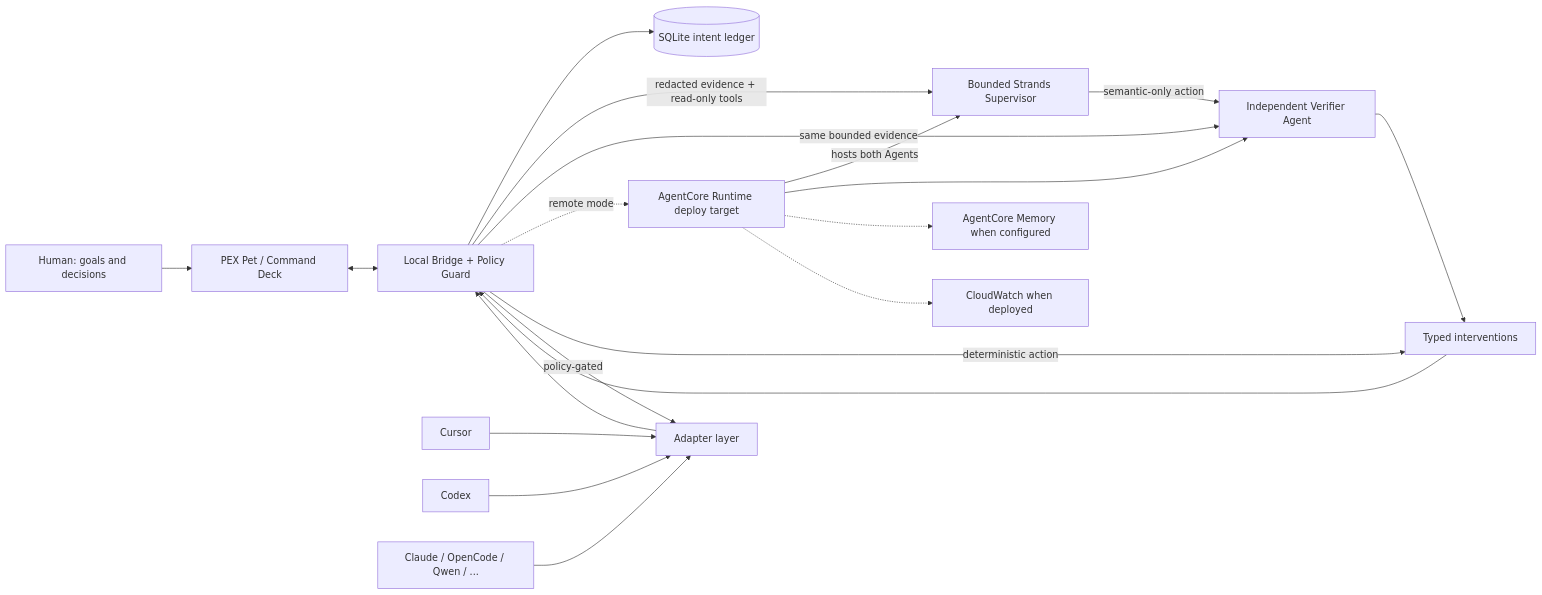
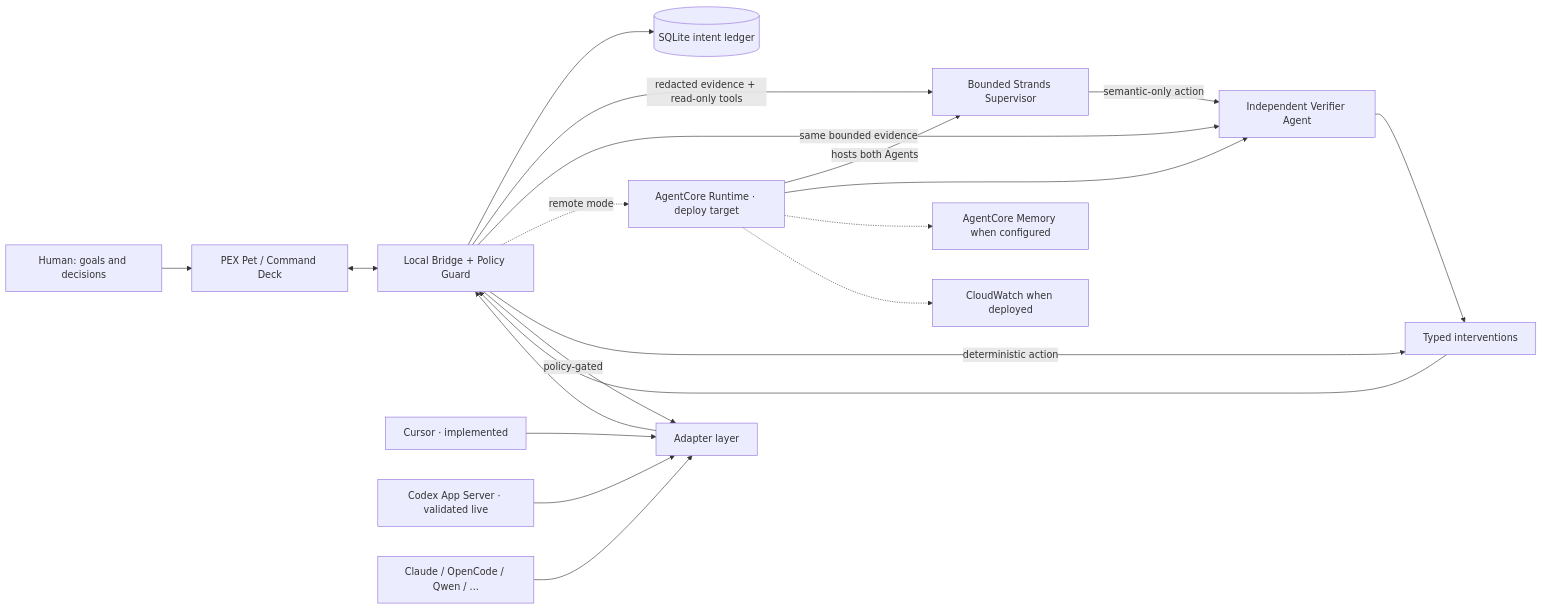
Before and after one commit to josepha-mayo/pex: the diagram in docs/architecture/hackathon.md, drawn with Mermaid. The commit also changed other lines of this file and 5 other files, not shown here.

Commit message:
Curate validated live proof for judges

````diff
--- a/docs/architecture/hackathon.md
+++ b/docs/architecture/hackathon.md
@@ -7,37 +9,37 @@
 ```mermaid
 flowchart LR
   human[Human: goals and decisions]
   pet[PEX Pet / Command Deck]
   bridge[Local Bridge + Policy Guard]
   store[(SQLite intent ledger)]
   adapters[Adapter layer]
-  cursor[Cursor]
-  codex[Codex]
+  cursor[Cursor · implemented]
+  codex[Codex App Server · validated live]
   others[Claude / OpenCode / Qwen / ...]
   strands[Bounded Strands Supervisor]
   verifier[Independent Verifier Agent]
-  runtime[AgentCore Runtime deploy target]
+  runtime[AgentCore Runtime · deploy target]
   memory[AgentCore Memory when configured]
   cw[CloudWatch when deployed]
   out[Typed interventions]
 
   human --> pet
   pet <--> bridge
   cursor --> adapters
   codex --> adapters
   others --> adapters
   adapters --> bridge
   bridge --> store
   bridge -->|redacted evidence + read-only tools| strands
   strands -->|semantic-only action| verifier
   bridge -->|same bounded evidence| verifier
   bridge -.->|remote mode| runtime
   runtime -->|hosts both Agents| strands
   runtime --> verifier
   runtime -.-> memory
   runtime -.-> cw
   verifier --> out
   bridge -->|deterministic action| out
   out --> bridge
   bridge -->|policy-gated| adapters
 ```
````
